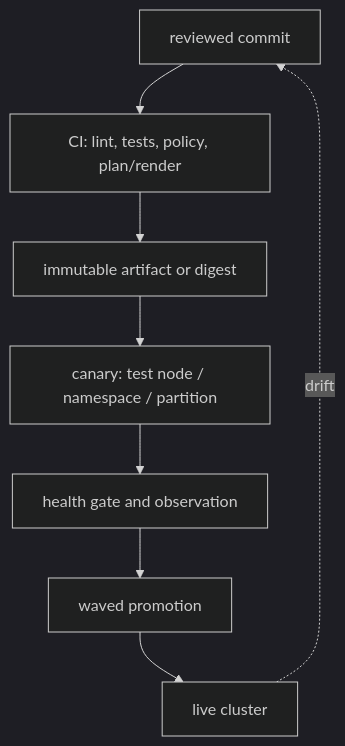
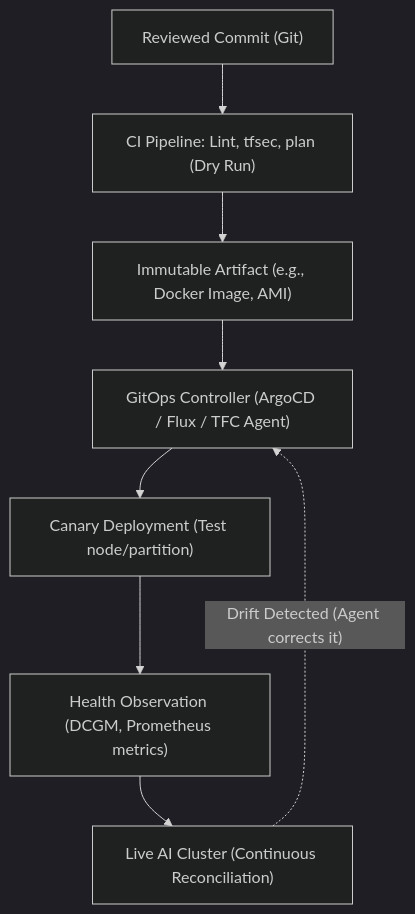
The third of 3 diagrams in docs/volume-10/17-git-for-infrastructure-and-operations.md (jithinpnjm/nvidia-devops), drawn with Mermaid (dark theme) before and after one commit. The commit also changed other lines of this file and 11 other files, not shown here.

````diff
--- a/docs/volume-10/17-git-for-infrastructure-and-operations.md
+++ b/docs/volume-10/17-git-for-infrastructure-and-operations.md
@@ -113,10 +725,10 @@
 ```mermaid
 flowchart TD
-  A["reviewed commit"] --> B["CI: lint, tests, policy, plan/render"]
-  B --> C["immutable artifact or digest"]
-  C --> D["canary: test node / namespace / partition"]
-  D --> E["health gate and observation"]
-  E --> F["waved promotion"]
-  F --> G["live cluster"]
-  G -. drift .-> A
+  A["Reviewed Commit (Git)"] --> B["CI Pipeline: Lint, tfsec, plan (Dry Run)"]
+  B --> C["Immutable Artifact (e.g., Docker Image, AMI)"]
+  C --> D["GitOps Controller (ArgoCD / Flux / TFC Agent)"]
+  D --> E["Canary Deployment (Test node/partition)"]
+  E --> F["Health Observation (DCGM, Prometheus metrics)"]
+  F --> G["Live AI Cluster (Continuous Reconciliation)"]
+  G -. Drift Detected (Agent corrects it) .-> D
 ```
````
